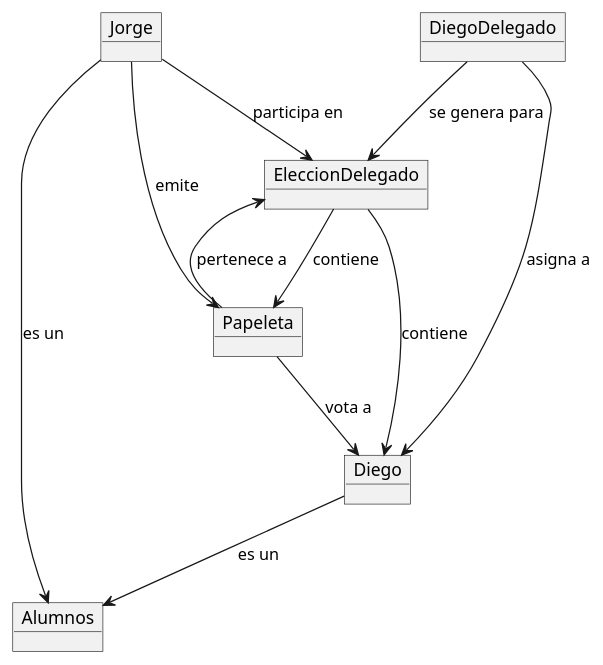
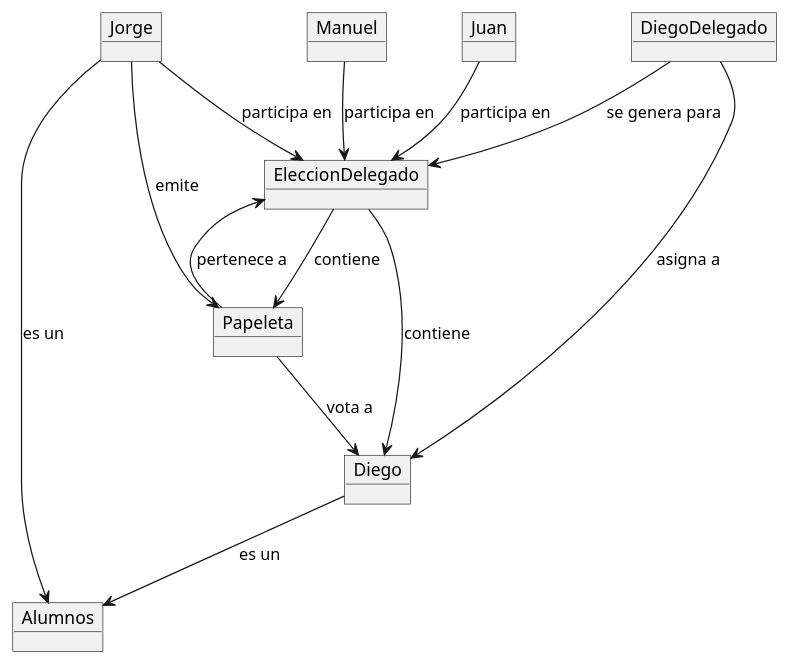
Before and after one commit to mmasias/24-25-IdSw1: the diagram in entregas/oteroJorge/10-10/VotacionObjetos.puml, drawn with PlantUML. The commit also changed 2 other files, not shown here.

```diff
--- a/entregas/oteroJorge/10-10/VotacionObjetos.puml
+++ b/entregas/oteroJorge/10-10/VotacionObjetos.puml
@@ -1,32 +1,40 @@
 @startuml VotacionObjetos
 
 object EleccionDelegado {
 }
 
 object Diego {
 }
 
 object Alumnos {
 }
 
 object Jorge {
 }
 
 object Papeleta {
 }
 
 object DiegoDelegado {
 }
 
+object Manuel {
+}
+
+object Juan {
+}
+
 EleccionDelegado --> Diego : "contiene"
 EleccionDelegado --> Papeleta : "contiene"
 Diego --> Alumnos : "es un"
 Jorge --> Alumnos : "es un"
 Jorge --> Papeleta : "emite"
 Papeleta --> EleccionDelegado : "pertenece a"
 Papeleta --> Diego : "vota a"
 DiegoDelegado --> EleccionDelegado : "se genera para"
 DiegoDelegado --> Diego : "asigna a"
 Jorge --> EleccionDelegado : "participa en"
+Manuel --> EleccionDelegado : "participa en"
+Juan --> EleccionDelegado : "participa en"
 
 @enduml
```
